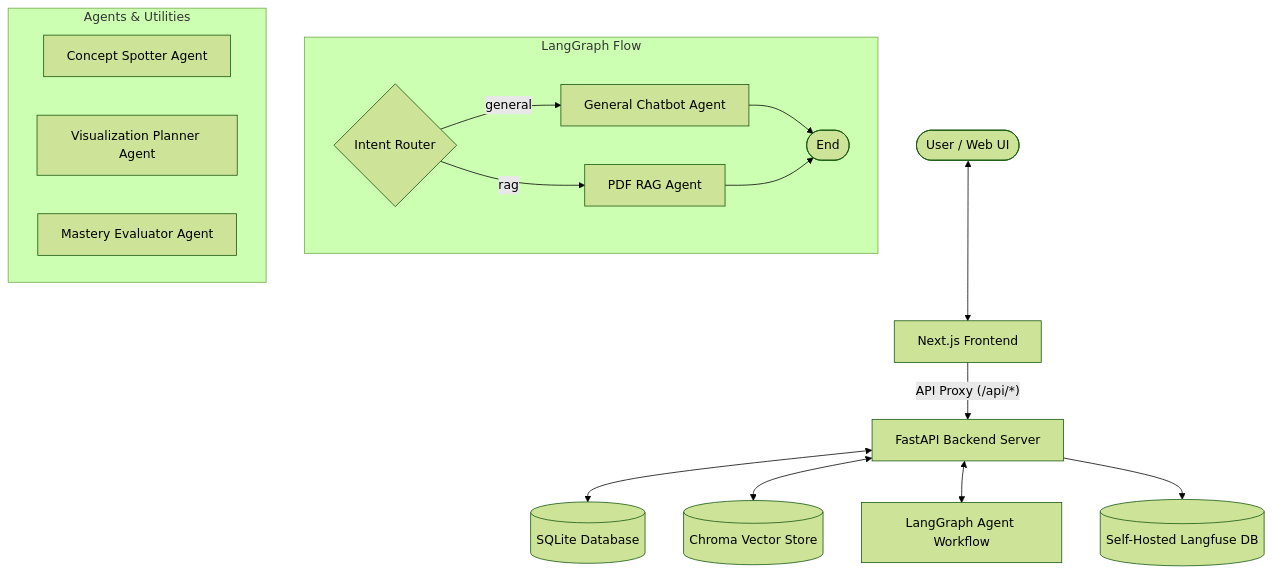
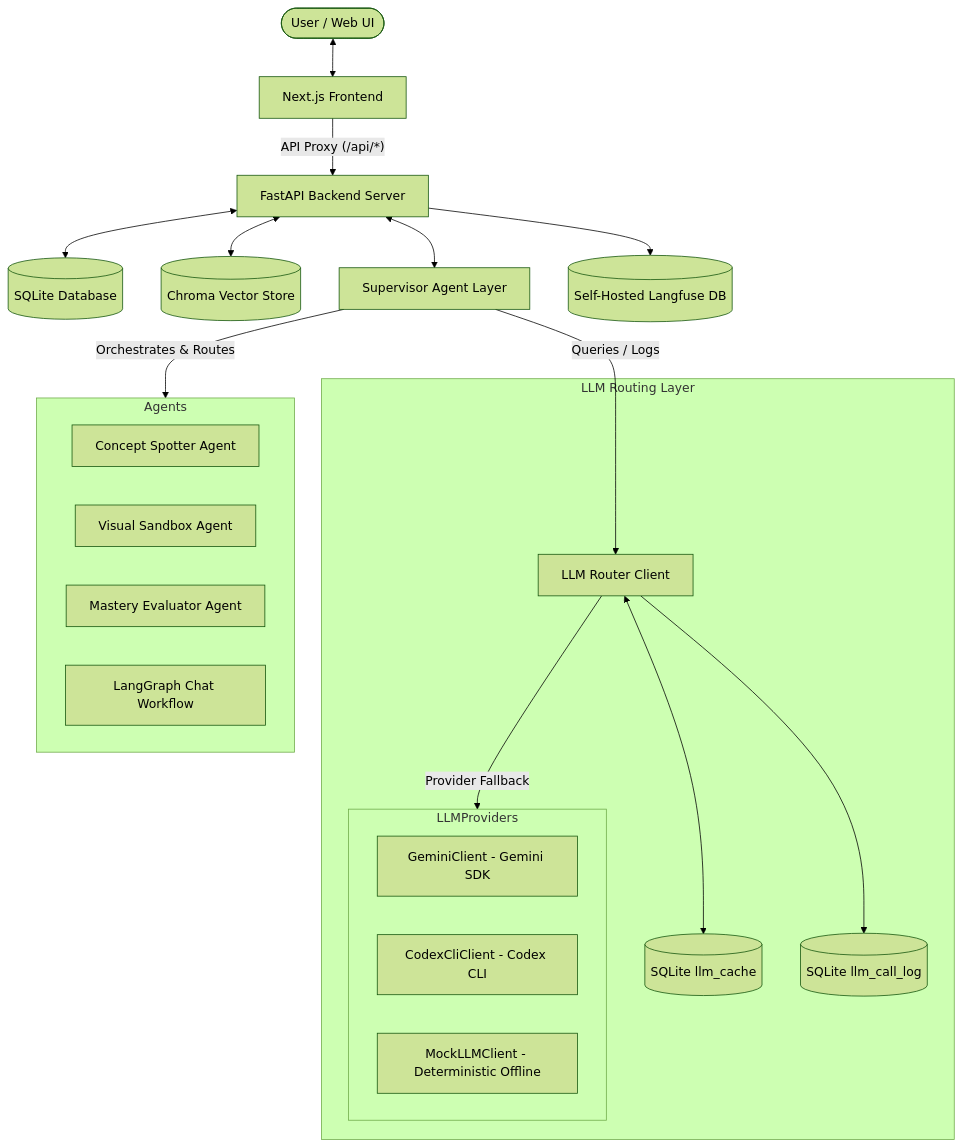
Before and after one commit to phammanhdung0508/Paper_Helper_Agent: the diagram in README.md, drawn with Mermaid (forest theme). The commit also changed 17 other files, not shown here.

Commit message:
feat: implement LLM router with provider fallback and caching, and add supervisor agent logic.

````diff
--- a/README.md
+++ b/README.md
@@ -11,24 +11,31 @@
 ```mermaid
 graph TD
     User([User / Web UI]) <--> NextJS[Next.js Frontend]
     NextJS -- "API Proxy (/api/*)" --> FastAPI[FastAPI Backend Server]
     FastAPI <--> DB[(SQLite Database)]
     FastAPI <--> VectorStore[(Chroma Vector Store)]
-    FastAPI <--> Graph[LangGraph Agent Workflow]
+    FastAPI <--> Supervisor[Supervisor Agent Layer]
     
-    subgraph LangGraph Flow
-        Router{Intent Router}
-        Router -- "general" --> GenAgent[General Chatbot Agent]
-        Router -- "rag" --> RAGAgent[PDF RAG Agent]
-        GenAgent --> End([End])
-        RAGAgent --> End
+    Supervisor -- "Orchestrates & Routes" --> Agents
+    Supervisor -- "Queries / Logs" --> LLMRouter[LLM Router Client]
+    
+    subgraph LLM Routing Layer
+        LLMRouter <--> LLMCache[(SQLite llm_cache)]
+        LLMRouter --> LLMLog[(SQLite llm_call_log)]
+        LLMRouter -- "Provider Fallback" --> LLMProviders
+        subgraph LLMProviders
+            Gemini[GeminiClient - Gemini SDK]
+            Codex[CodexCliClient - Codex CLI]
+            Mock[MockLLMClient - Deterministic Offline]
+        end
     end
     
-    subgraph Agents & Utilities
+    subgraph Agents
         ConceptSpotter[Concept Spotter Agent]
-        VisPlanner[Visualization Planner Agent]
+        VisPlanner[Visual Sandbox Agent]
         MasteryEval[Mastery Evaluator Agent]
+        GraphWorkflow[LangGraph Chat Workflow]
     end
     
     FastAPI --> Langfuse[(Self-Hosted Langfuse DB)]
 ```
````
